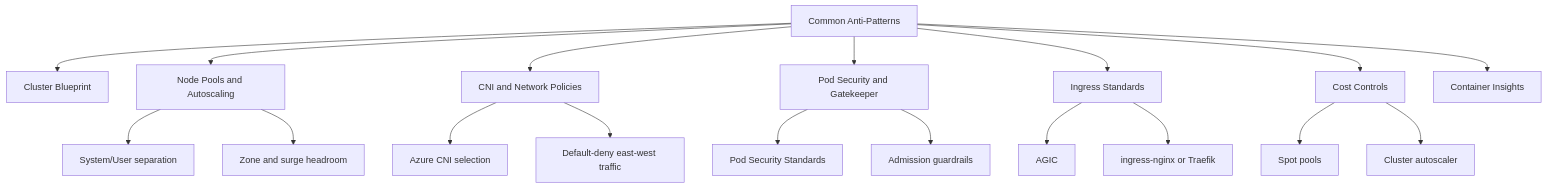
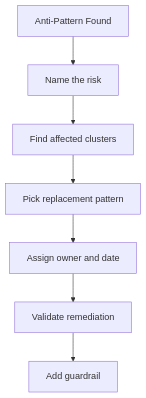
One commit to yeongseon/azure-kubernetes-service-practical-guide changed the diagram in docs/best-practices/common-anti-patterns.md. Above: the diagram before and after it, drawn with Mermaid. The commit also changed other lines of this file and 8 other files, not shown here.

````diff
--- a/docs/best-practices/common-anti-patterns.md
+++ b/docs/best-practices/common-anti-patterns.md
@@ -32,20 +42,9 @@
 ```mermaid
 flowchart TD
-    A[Common Anti-Patterns] --> B[Cluster Blueprint]
-    A --> C[Node Pools and Autoscaling]
-    A --> D[CNI and Network Policies]
-    A --> E[Pod Security and Gatekeeper]
-    A --> F[Ingress Standards]
-    A --> G[Cost Controls]
-    A --> H[Container Insights]
-    C --> C1[System/User separation]
-    C --> C2[Zone and surge headroom]
-    D --> D1[Azure CNI selection]
-    D --> D2[Default-deny east-west traffic]
-    E --> E1[Pod Security Standards]
-    E --> E2[Admission guardrails]
-    F --> F1[AGIC]
-    F --> F2[ingress-nginx or Traefik]
-    G --> G1[Spot pools]
-    G --> G2[Cluster autoscaler]
+    A[Anti-Pattern Found] --> B[Name the risk]
+    B --> C[Find affected clusters]
+    C --> D[Pick replacement pattern]
+    D --> E[Assign owner and date]
+    E --> F[Validate remediation]
+    F --> G[Add guardrail]
 ```
````
